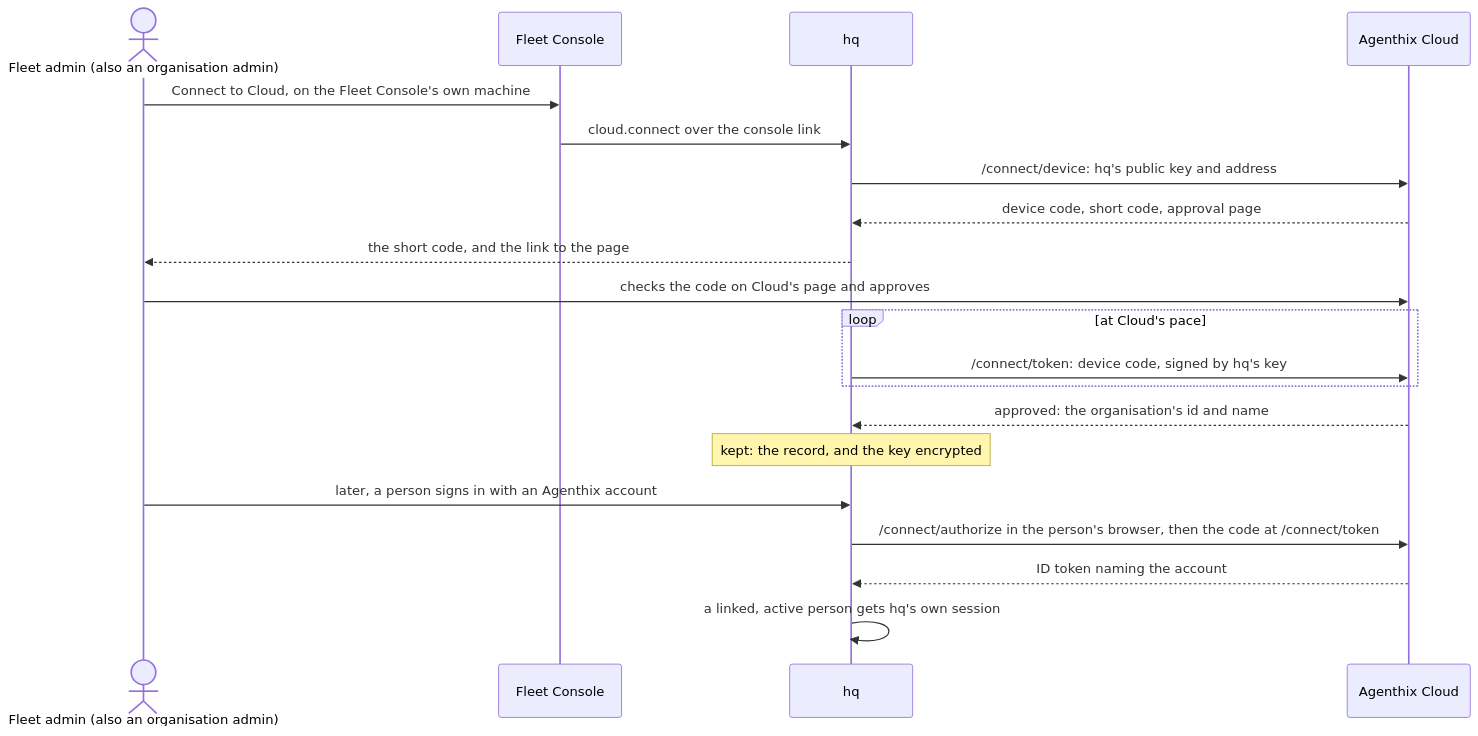
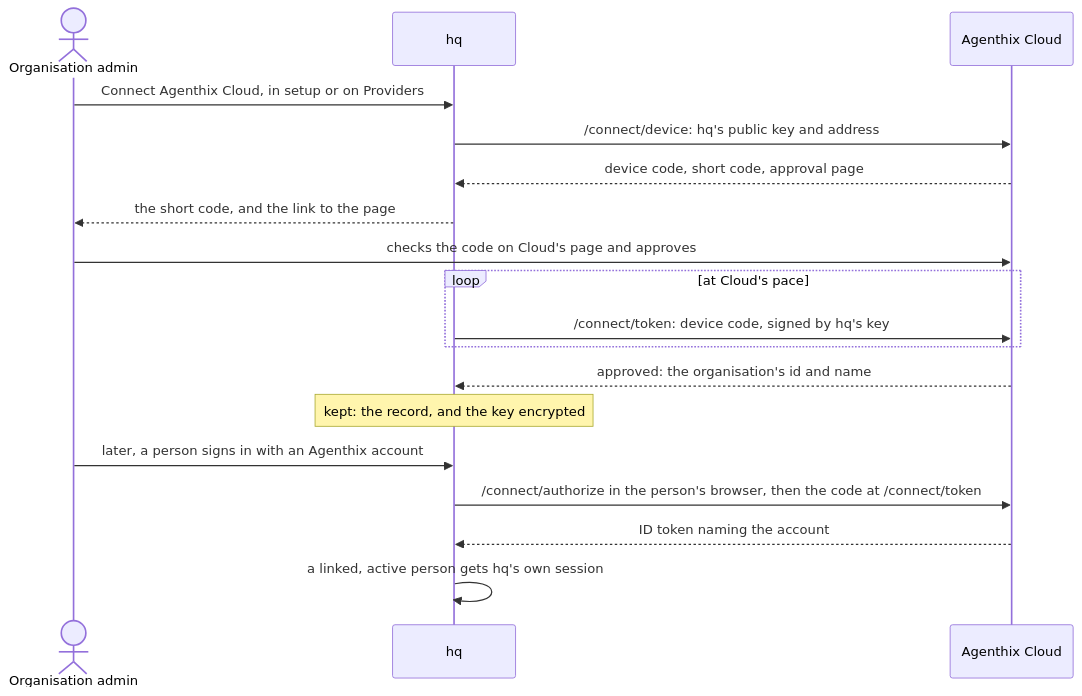
One commit to solution84-com/agenthix changed the diagram in docs/architecture/cloud-connection.md. Above: the diagram before and after it, drawn with Mermaid. The commit also changed other lines of this file and 443 other files, not shown here.

Commit message:
feat(hq,site,console): one resolver for every model and voice call, setup in hq with Agenthix Cloud connected from it, Models and an agent's models, voice per agent, and the site reaching providers through hq's relay

````diff
--- a/docs/architecture/cloud-connection.md
+++ b/docs/architecture/cloud-connection.md
@@ -11,22 +11,20 @@
 ```mermaid
 sequenceDiagram
-    actor FA as Fleet admin (also an organisation admin)
-    participant HM as Fleet Console
+    actor FA as Organisation admin
     participant HQ as hq
     participant C as Agenthix Cloud
-    FA->>HM: Connect to Cloud, on the Fleet Console's own machine
-    HM->>HQ: cloud.connect over the console link
+    FA->>HQ: Connect Agenthix Cloud, in setup or on Providers
     HQ->>C: /connect/device: hq's public key and address
     C-->>HQ: device code, short code, approval page
     HQ-->>FA: the short code, and the link to the page
     FA->>C: checks the code on Cloud's page and approves
     loop at Cloud's pace
         HQ->>C: /connect/token: device code, signed by hq's key
     end
     C-->>HQ: approved: the organisation's id and name
     Note over HQ: kept: the record, and the key encrypted
     FA->>HQ: later, a person signs in with an Agenthix account
     HQ->>C: /connect/authorize in the person's browser, then the code at /connect/token
     C-->>HQ: ID token naming the account
     HQ->>HQ: a linked, active person gets hq's own session
 ```
````
